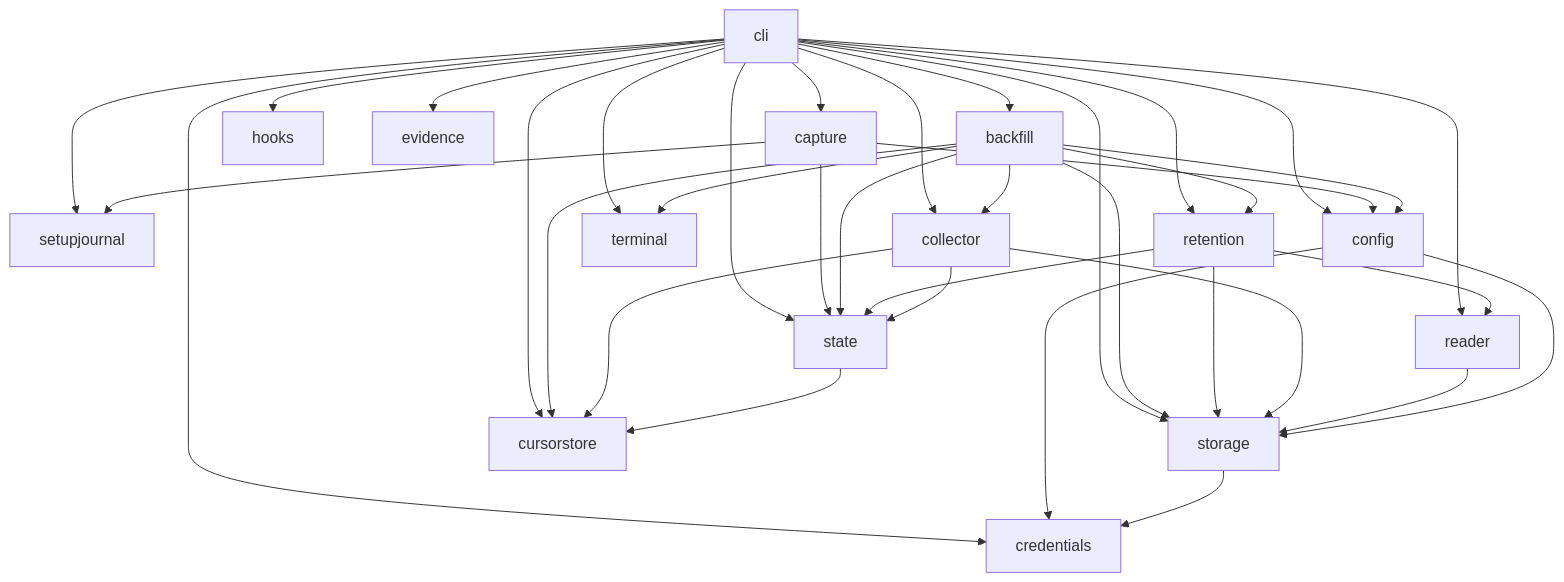
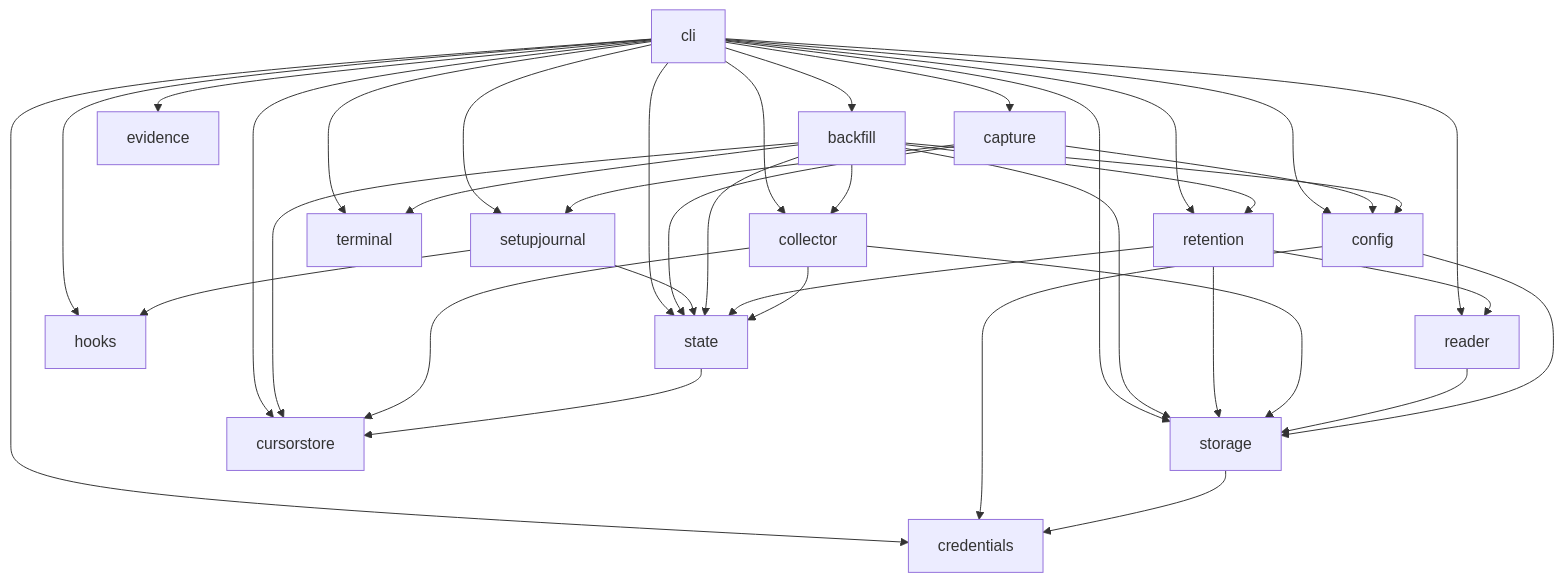
The second of 2 diagrams in docs/contributing/architecture.md (wangjohn/agent-archive), drawn with Mermaid before and after one commit. The commit also changed other lines of this file and 2 other files, not shown here.

Commit message:
docs: describe setupjournal's journal, rollback, and recovery

````diff
--- a/docs/contributing/architecture.md
+++ b/docs/contributing/architecture.md
@@ -73,13 +73,14 @@
 ```mermaid
 flowchart TD
   cli --> capture & setupjournal & backfill & collector & retention & reader & hooks & evidence
   cli --> config & state & storage & credentials & cursorstore & terminal
   capture --> setupjournal & config & state
+  setupjournal --> hooks & state
   backfill --> collector & retention & config & state & storage & cursorstore & terminal
   retention --> reader & state & storage
   collector --> state & storage & cursorstore
   reader --> storage
   config --> credentials & storage
   state --> cursorstore
   storage --> credentials
 ```
````
